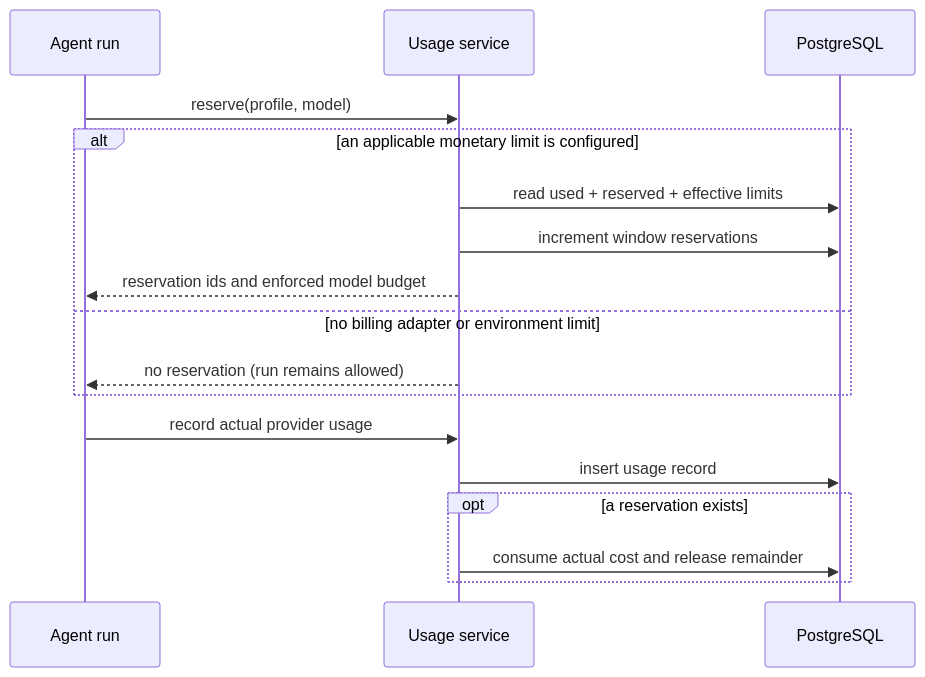
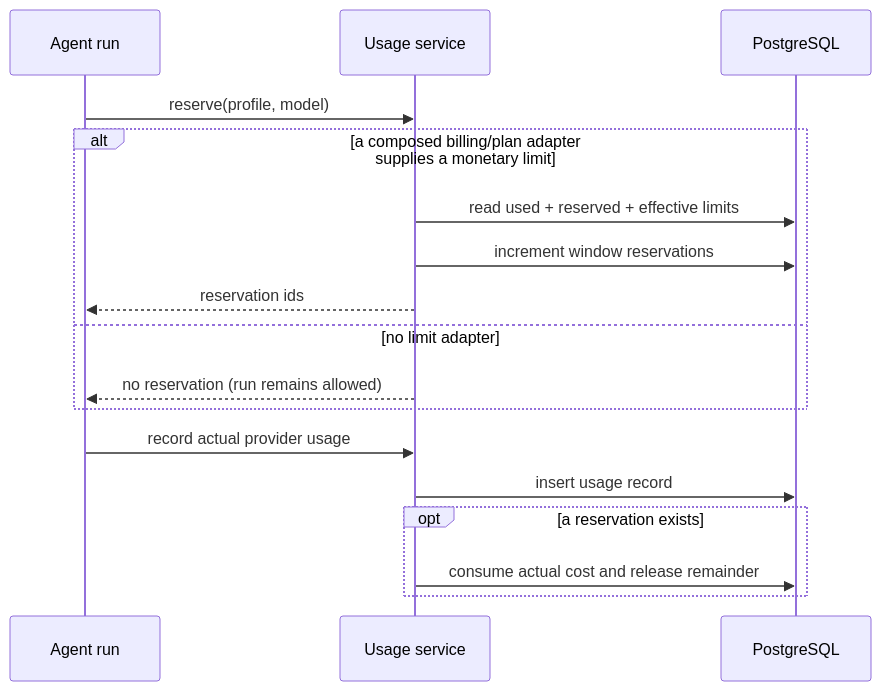
One commit to lemma-work/lemma-platform changed the diagram in lemma-backend/docs/modules/usage.md. Above: the diagram before and after it, drawn with Mermaid. The commit also changed other lines of this file and 30 other files, not shown here.

````diff
--- a/lemma-backend/docs/modules/usage.md
+++ b/lemma-backend/docs/modules/usage.md
@@ -37,19 +38,19 @@
 ```mermaid
 sequenceDiagram
     participant A as Agent run
     participant U as Usage service
     participant DB as PostgreSQL
     A->>U: reserve(profile, model)
-    alt an applicable monetary limit is configured
+    alt a composed billing/plan adapter supplies a monetary limit
         U->>DB: read used + reserved + effective limits
         U->>DB: increment window reservations
-        U-->>A: reservation ids and enforced model budget
-    else no billing adapter or environment limit
+        U-->>A: reservation ids
+    else no limit adapter
         U-->>A: no reservation (run remains allowed)
     end
     A->>U: record actual provider usage
     U->>DB: insert usage record
     opt a reservation exists
         U->>DB: consume actual cost and release remainder
     end
 ```
````
